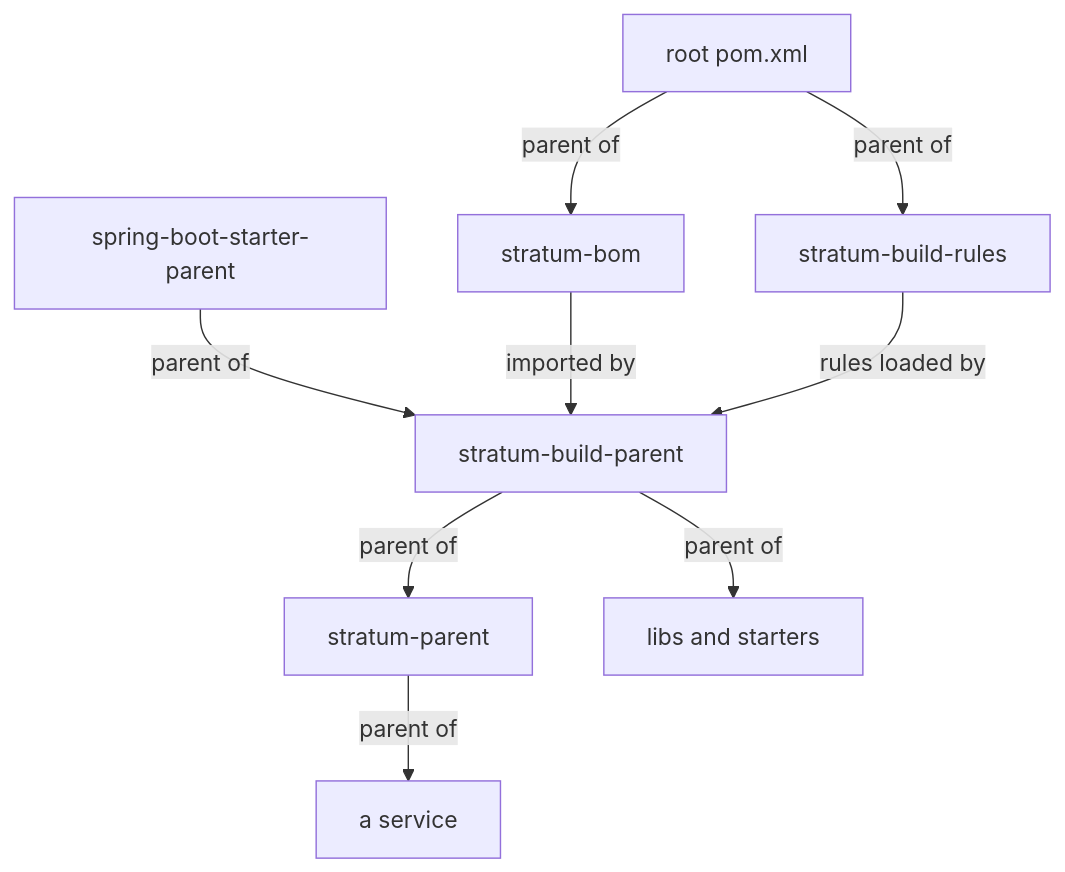
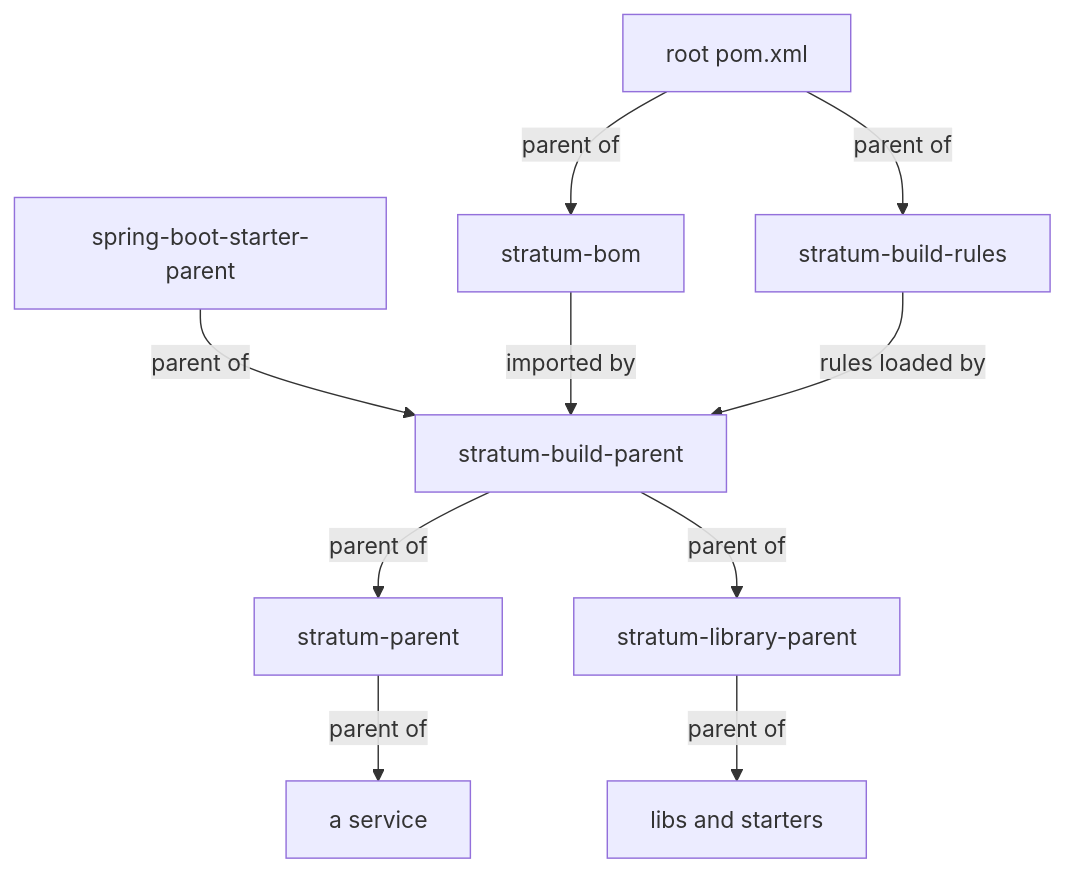
One commit to exepex/stratum changed the first of 2 diagrams in docs/guides/architecture.md. Above: the diagram before and after it, drawn with Mermaid. The commit also changed other lines of this file and 20 other files, not shown here.

````diff
--- a/docs/guides/architecture.md
+++ b/docs/guides/architecture.md
@@ -79,11 +80,12 @@
 ```mermaid
 flowchart TD
     SB[spring-boot-starter-parent] -->|parent of| BP[stratum-build-parent]
     BOM[stratum-bom] -->|imported by| BP
     BR[stratum-build-rules] -->|rules loaded by| BP
     BP -->|parent of| SP[stratum-parent]
-    BP -->|parent of| LIBS[libs and starters]
+    BP -->|parent of| LP[stratum-library-parent]
+    LP -->|parent of| LIBS[libs and starters]
     SP -->|parent of| SVC[a service]
     ROOT[root pom.xml] -->|parent of| BOM
     ROOT -->|parent of| BR
 ```
````
